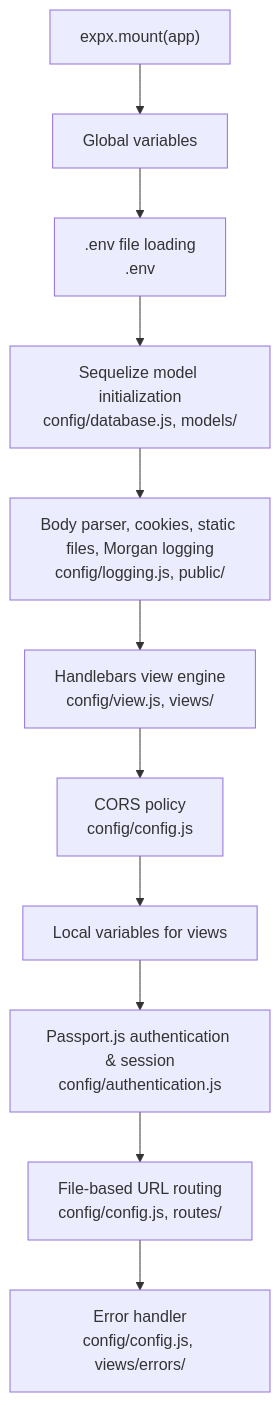
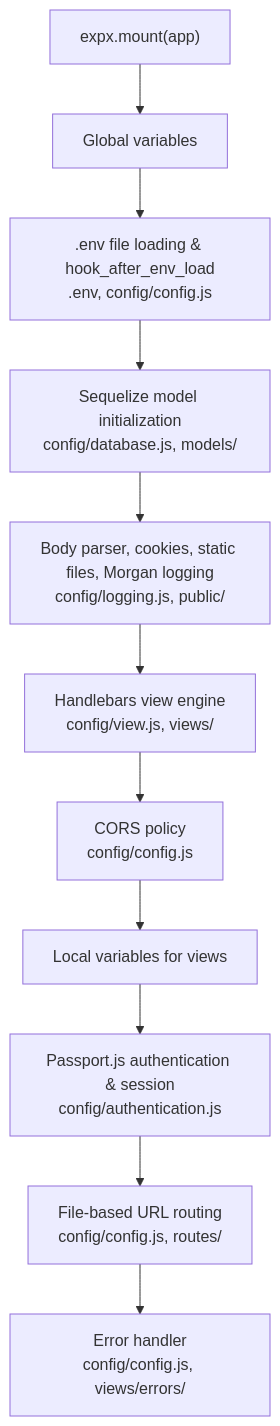
The diagram in screenshots/mount-flow.mmd (shumatsumonobu/express-sweet), drawn with Mermaid before and after one commit. The commit also changed 17 other files, not shown here.

First line of the commit message:
Add the hook_after_env_load configuration hook

```diff
--- a/screenshots/mount-flow.mmd
+++ b/screenshots/mount-flow.mmd
@@ -1,11 +1,11 @@
 flowchart TD
     A["expx.mount(app)"] --> B["Global variables"]
-    B --> C[".env file loading\n.env"]
+    B --> C[".env file loading & hook_after_env_load\n.env, config/config.js"]
     C --> D["Sequelize model initialization\nconfig/database.js, models/"]
     D --> E["Body parser, cookies, static files, Morgan logging\nconfig/logging.js, public/"]
     E --> F["Handlebars view engine\nconfig/view.js, views/"]
     F --> G["CORS policy\nconfig/config.js"]
     G --> H["Local variables for views"]
     H --> I["Passport.js authentication & session\nconfig/authentication.js"]
     I --> J["File-based URL routing\nconfig/config.js, routes/"]
     J --> K["Error handler\nconfig/config.js, views/errors/"]
```
